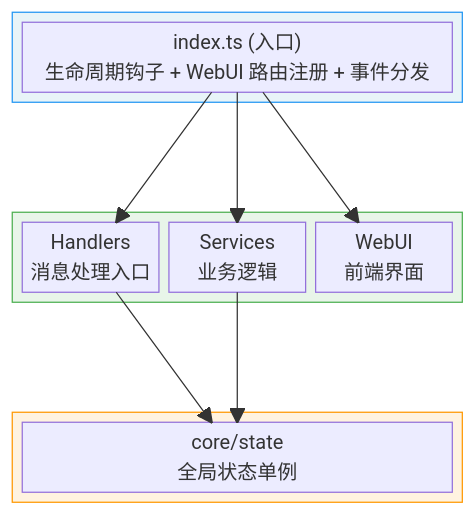
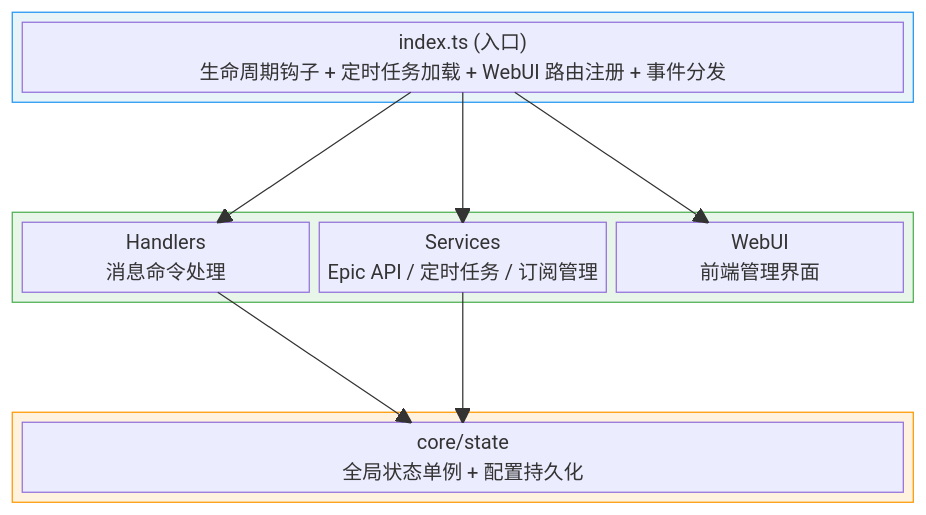
One commit to AQiaoYo/napcat-plugin-epic-free changed the first of 4 diagrams in .github/copilot-instructions.md. Above: the diagram before and after it, drawn with Mermaid. The commit also changed other lines of this file and 4 other files, not shown here.

````diff
--- a/.github/copilot-instructions.md
+++ b/.github/copilot-instructions.md
@@ -19,33 +43,33 @@
 ```mermaid
 block-beta
     columns 3
 
     block:entry:3
-        A["index.ts (入口)\n生命周期钩子 + WebUI 路由注册 + 事件分发"]
+        A["index.ts (入口)\n生命周期钩子 + 定时任务加载 + WebUI 路由注册 + 事件分发"]
     end
 
     space:3
 
     block:middle:3
         columns 3
-        B["Handlers\n消息处理入口"]
-        C["Services\n业务逻辑"]
-        D["WebUI\n前端界面"]
+        B["Handlers\n消息命令处理"]
+        C["Services\nEpic API / 定时任务 / 订阅管理"]
+        D["WebUI\n前端管理界面"]
     end
 
     space:3
 
     block:state:3
-        E["core/state\n全局状态单例"]
+        E["core/state\n全局状态单例 + 配置持久化"]
     end
 
     A --> B
     A --> C
     A --> D
     B --> E
     C --> E
 
     style entry fill:#e8f4f8,stroke:#2196F3
     style middle fill:#e8f5e9,stroke:#4CAF50
     style state fill:#fff3e0,stroke:#FF9800
 ```
````
